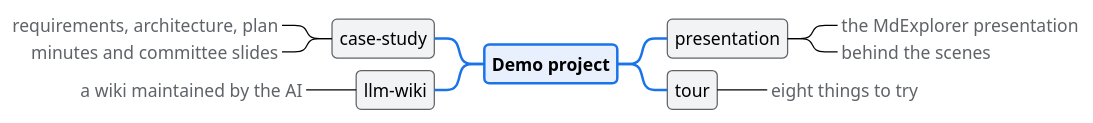
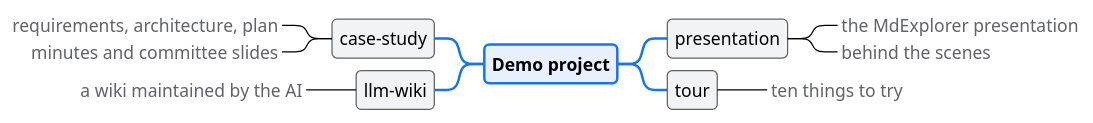
One commit to salaroglio/mdexplorer-demo changed the diagram in README.md. Above: the diagram before and after it, drawn with PlantUML. The commit also changed other lines of this file and 9 other files, not shown here.

First line of the commit message:
tour: two new things to try, Redmine issues (9) and the Telegram remote control (10), with real screenshots; template 1.6.0

````diff
--- a/README.md
+++ b/README.md
@@ -58,36 +60,36 @@
 ```plantuml
 @startmindmap
 !theme plain
 <style>
 mindmapDiagram {
   node {
     BackgroundColor #F1F3F4
     LineColor #5F6368
     RoundCorner 8
     Padding 6
   }
   :depth(0) {
     BackgroundColor #E8F0FE
     LineColor #1A73E8
     LineThickness 2
     FontStyle bold
   }
   boxless {
     FontColor #5F6368
   }
 }
 </style>
 * Demo project
 ** presentation
 ***_ the MdExplorer presentation
 ***_ behind the scenes
 ** tour
-***_ eight things to try
+***_ ten things to try
 left side
 ** case-study
 ***_ requirements, architecture, plan
 ***_ minutes and committee slides
 ** llm-wiki
 ***_ a wiki maintained by the AI
 @endmindmap
 ```
````
